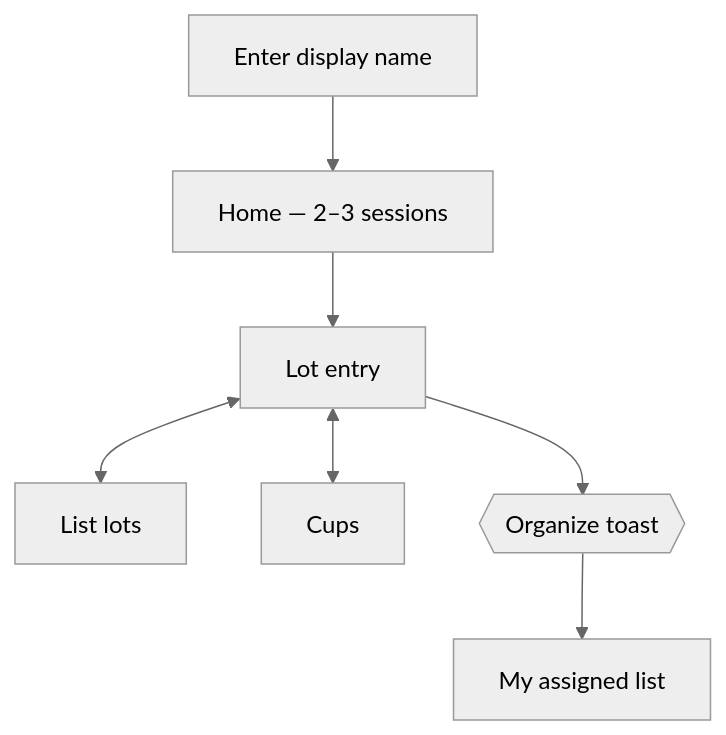
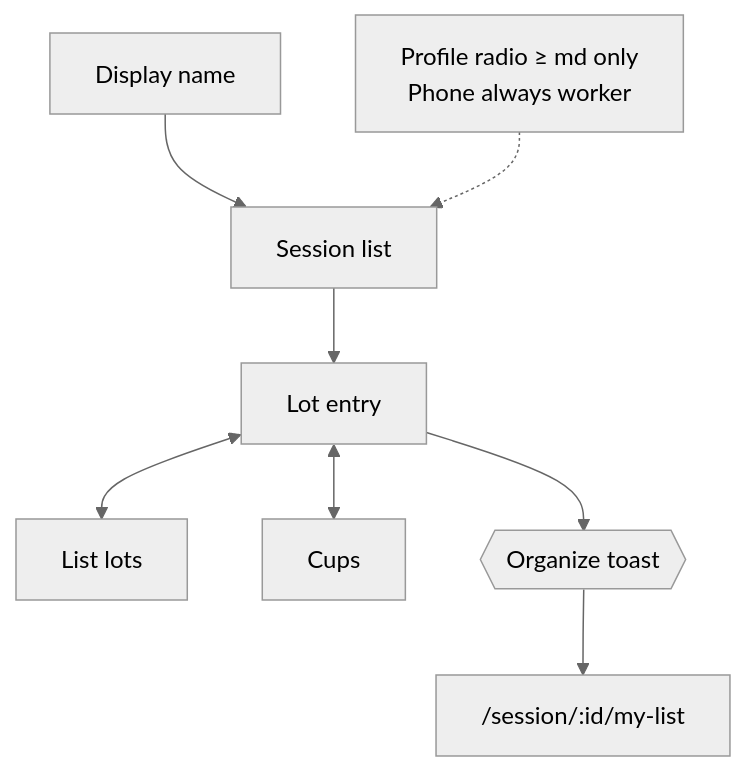
The second of 2 diagrams in feature/diff-workflows-for-desktop-and-phone/workflow-diagrams.md (dcvezzani/brick-counter-coordinator-02), drawn with Mermaid (neutral theme) before and after one commit. The commit also changed other lines of this file and 5 other files, not shown here.

First line of the commit message:
Plan: profile radio + localStorage; incorporate UX review

````diff
--- a/feature/diff-workflows-for-desktop-and-phone/workflow-diagrams.md
+++ b/feature/diff-workflows-for-desktop-and-phone/workflow-diagrams.md
@@ -62,9 +49,11 @@
 ```mermaid
 flowchart TB
-    Name["Enter display name"] --> HomeList["Home — 2–3 sessions"]
+    Radio["Profile radio ≥ md only\nPhone always worker"]
+    Name["Display name"] --> HomeList["Session list"]
     HomeList --> LotEntry["Lot entry"]
     LotEntry <--> Lots["List lots"]
     LotEntry <--> Cups["Cups"]
-    LotEntry --> Prompt{{"Organize toast"}}
-    Prompt --> MyList["My assigned list"]
+    LotEntry --> Toast{{"Organize toast"}}
+    Toast --> MyList["/session/:id/my-list"]
+    Radio -.-> HomeList
 ```
````
